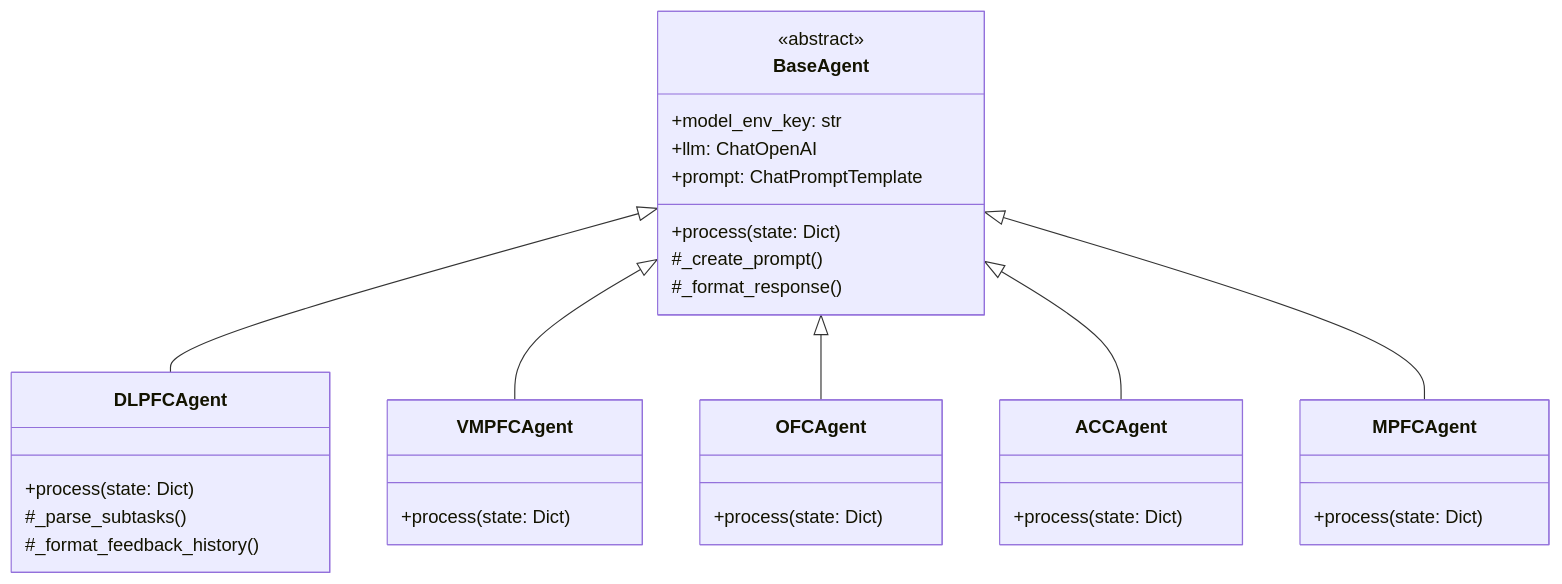
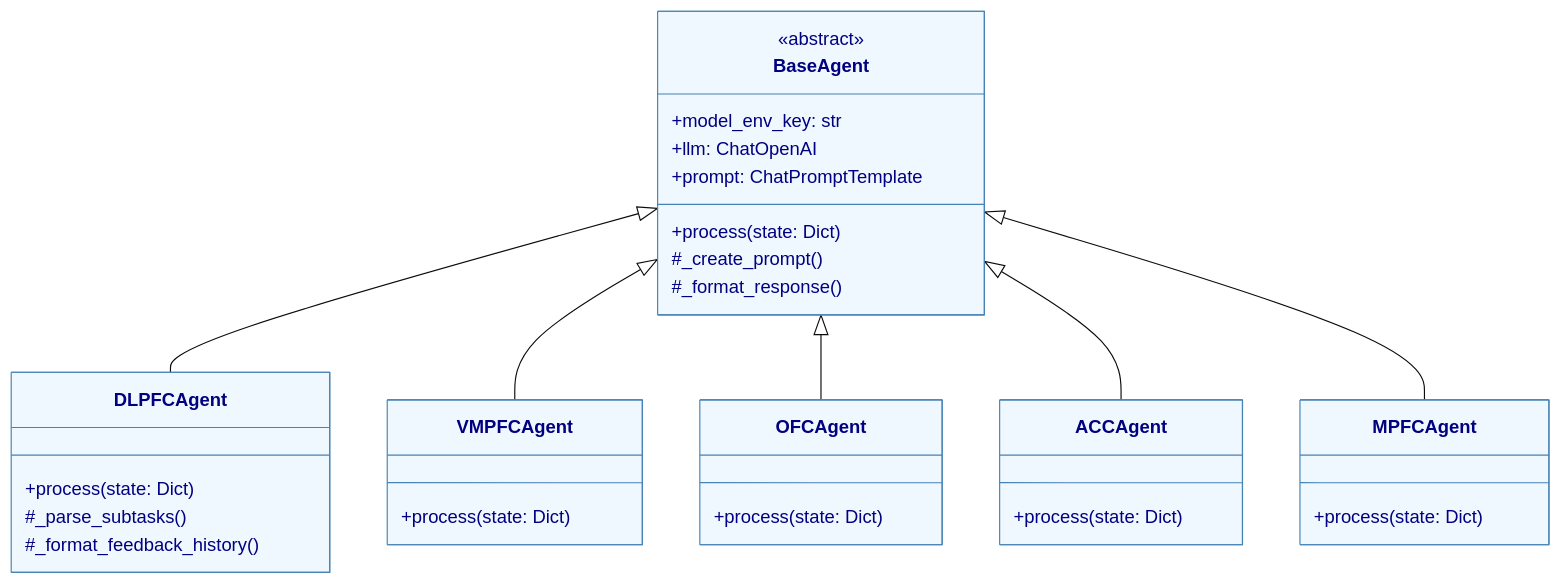
One commit to iLevyTate/scanue-v22 changed the first of 3 diagrams in README.md. Above: the diagram before and after it, drawn with Mermaid. The commit also changed other lines of this file, not shown here.

````diff
--- a/README.md
+++ b/README.md
@@ -74,40 +75,41 @@
 ```mermaid
+%%{init: {'theme': 'base', 'themeVariables': { 'primaryColor': '#f0f8ff', 'primaryBorderColor': '#4682b4', 'primaryTextColor': '#000080' }}}%%
 classDiagram
     class BaseAgent {
         <<abstract>>
         +model_env_key: str
         +llm: ChatOpenAI
         +prompt: ChatPromptTemplate
         +process(state: Dict)
         #_create_prompt()
         #_format_response()
     }
-    
+
     class DLPFCAgent {
         +process(state: Dict)
         #_parse_subtasks()
         #_format_feedback_history()
     }
-    
+
     class VMPFCAgent {
         +process(state: Dict)
     }
-    
+
     class OFCAgent {
         +process(state: Dict)
     }
-    
+
     class ACCAgent {
         +process(state: Dict)
     }
-    
+
     class MPFCAgent {
         +process(state: Dict)
     }
-    
+
     BaseAgent <|-- DLPFCAgent
     BaseAgent <|-- VMPFCAgent
     BaseAgent <|-- OFCAgent
     BaseAgent <|-- ACCAgent
     BaseAgent <|-- MPFCAgent
 ```
````
